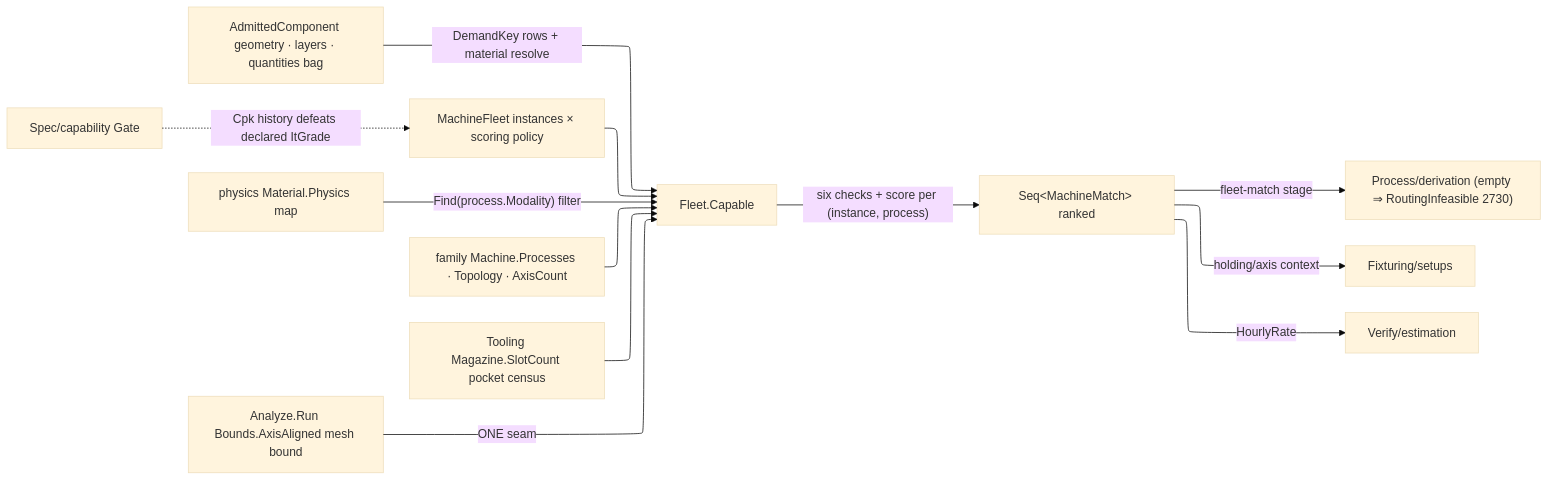
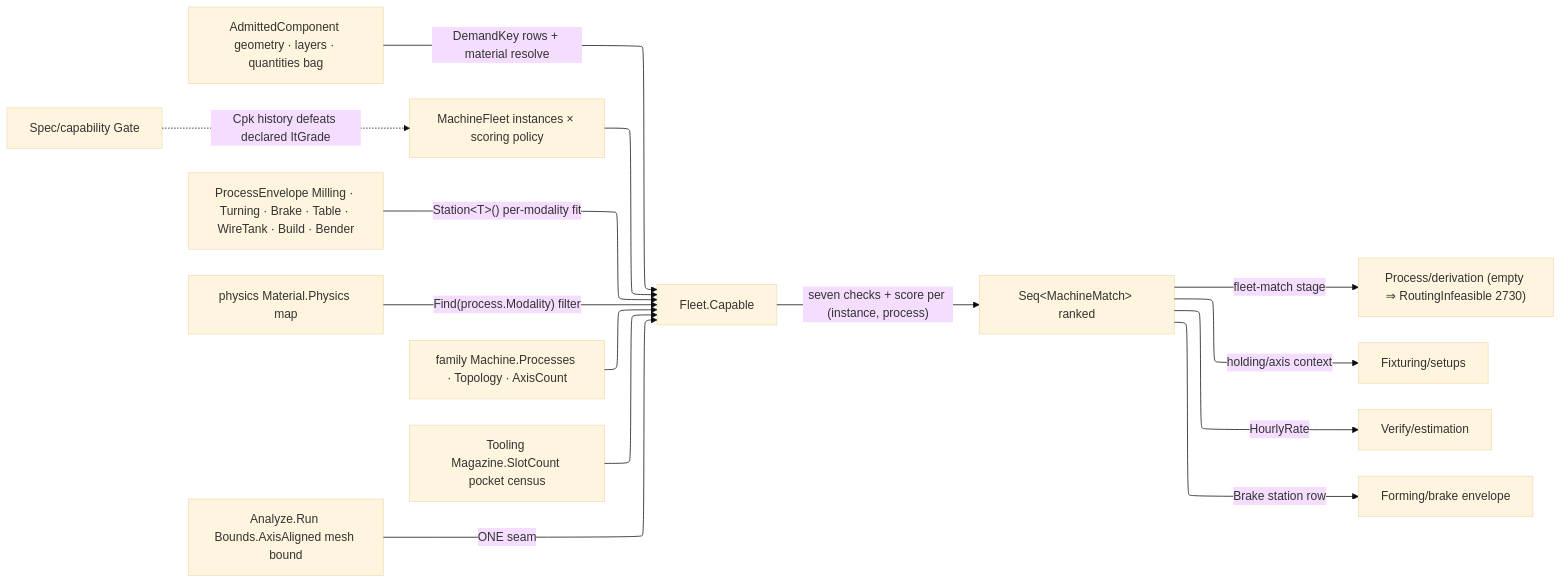
One commit to bsamiee/Rasm changed the diagram in libs/csharp/Rasm.Fabrication/.planning/Kinematics/fleet.md. Above: the diagram before and after it, drawn with Mermaid. The commit also changed other lines of this file and 79 other files, not shown here.

````diff
--- a/libs/csharp/Rasm.Fabrication/.planning/Kinematics/fleet.md
+++ b/libs/csharp/Rasm.Fabrication/.planning/Kinematics/fleet.md
@@ -174,19 +240,21 @@
 ```mermaid
 ---
 config:
   layout: elk
   theme: base
 ---
 flowchart LR
     Component["AdmittedComponent geometry · layers · quantities bag"] -->|DemandKey rows + material resolve| Capable["Fleet.Capable"]
     Registry["MachineFleet instances × scoring policy"] --> Capable
+    Stations["ProcessEnvelope Milling · Turning · Brake · Table · WireTank · Build · Bender"] -->|"Station&lt;T&gt;() per-modality fit"| Capable
     Physics["physics Material.Physics map"] -->|"Find(process.Modality) filter"| Capable
     Family["family Machine.Processes · Topology · AxisCount"] --> Capable
     Magazine["Tooling Magazine.SlotCount pocket census"] --> Capable
     Kernel["Analyze.Run Bounds.AxisAligned mesh bound"] -->|ONE seam| Capable
-    Capable -->|"six checks + score per (instance, process)"| Matches["Seq&lt;MachineMatch&gt; ranked"]
+    Capable -->|"seven checks + score per (instance, process)"| Matches["Seq&lt;MachineMatch&gt; ranked"]
     Matches -->|fleet-match stage| Derivation["Process/derivation (empty ⇒ RoutingInfeasible 2730)"]
     Matches -->|holding/axis context| Setups["Fixturing/setups"]
     Matches -->|HourlyRate| Estimation["Verify/estimation"]
+    Matches -->|Brake station row| Brake["Forming/brake envelope"]
     Capability["Spec/capability Gate"] -.->|Cpk history defeats declared ItGrade| Registry
 ```
````
